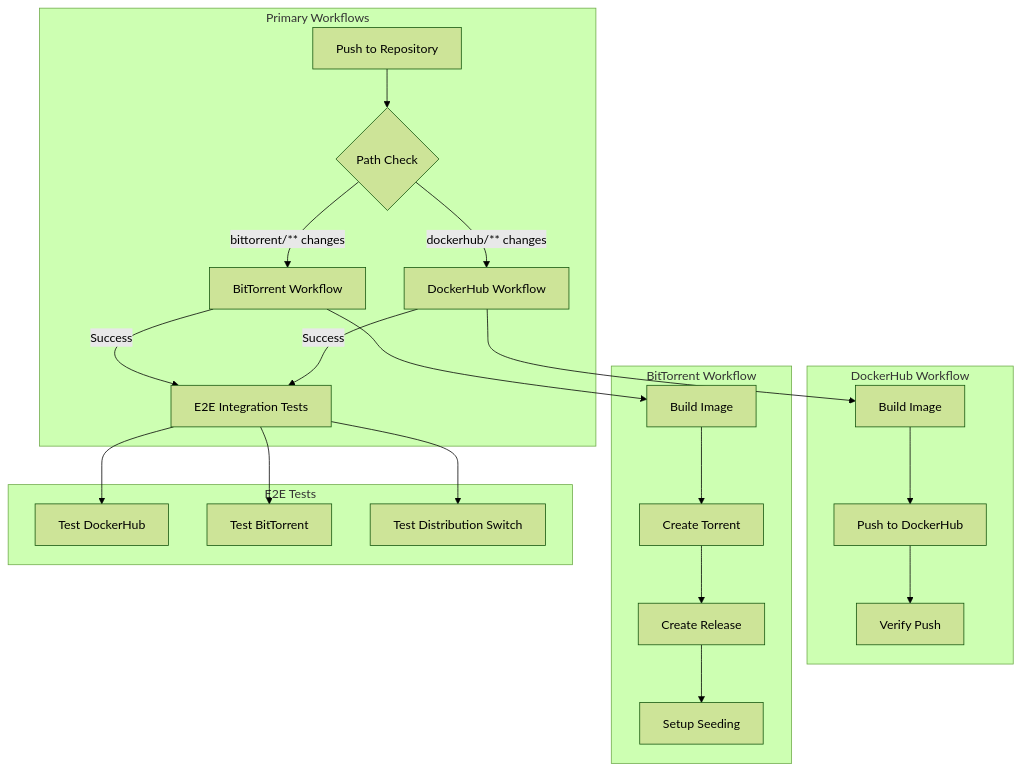
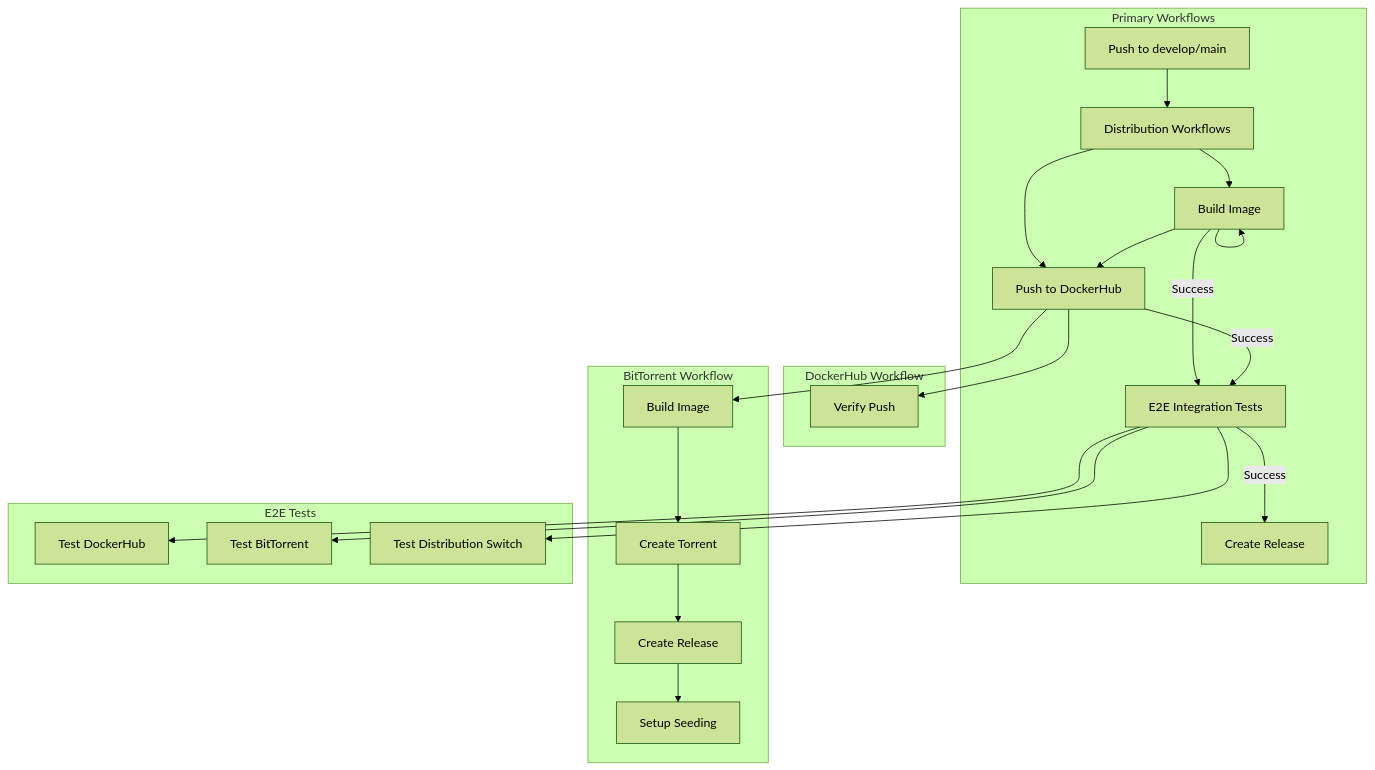
Before and after one commit to BA-CalderonMorales/dev-environment: the first of 2 diagrams in docs/WORKFLOWS.md, drawn with Mermaid (forest theme). The commit also changed other lines of this file and 5 other files, not shown here.

````diff
--- a/docs/WORKFLOWS.md
+++ b/docs/WORKFLOWS.md
@@ -7,30 +7,31 @@
 ```mermaid
 graph TD
     subgraph "Primary Workflows"
-        A[Push to Repository] --> B{Path Check}
-        B -->|dockerhub/** changes| C[DockerHub Workflow]
-        B -->|bittorrent/** changes| D[BitTorrent Workflow]
+        A[Push to develop/main] --> B[Distribution Workflows]
+        B --> C1[DockerHub Workflow]
+        B --> C2[BitTorrent Workflow]
         
-        C -->|Success| E[E2E Integration Tests]
-        D -->|Success| E
+        C1 -->|Success| D[E2E Integration Tests]
+        C2 -->|Success| D
+        D -->|Success| E[Create Release]
     end
 
     subgraph "DockerHub Workflow"
-        C --> C1[Build Image]
+        C1 --> C1[Build Image]
         C1 --> C2[Push to DockerHub]
         C2 --> C3[Verify Push]
     end
 
     subgraph "BitTorrent Workflow"
-        D --> D1[Build Image]
+        C2 --> D1[Build Image]
         D1 --> D2[Create Torrent]
         D2 --> D3[Create Release]
         D3 --> D4[Setup Seeding]
     end
 
     subgraph "E2E Tests"
-        E --> E1[Test DockerHub]
-        E --> E2[Test BitTorrent]
-        E --> E3[Test Distribution Switch]
+        D --> E1[Test DockerHub]
+        D --> E2[Test BitTorrent]
+        D --> E3[Test Distribution Switch]
     end
 ```
````
